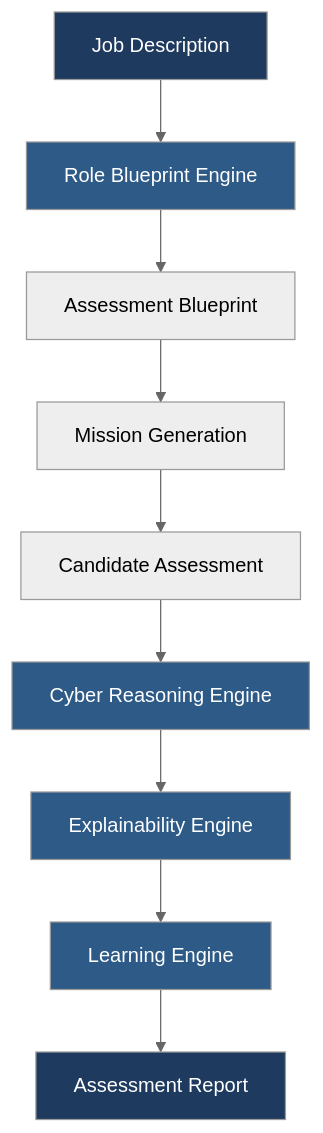
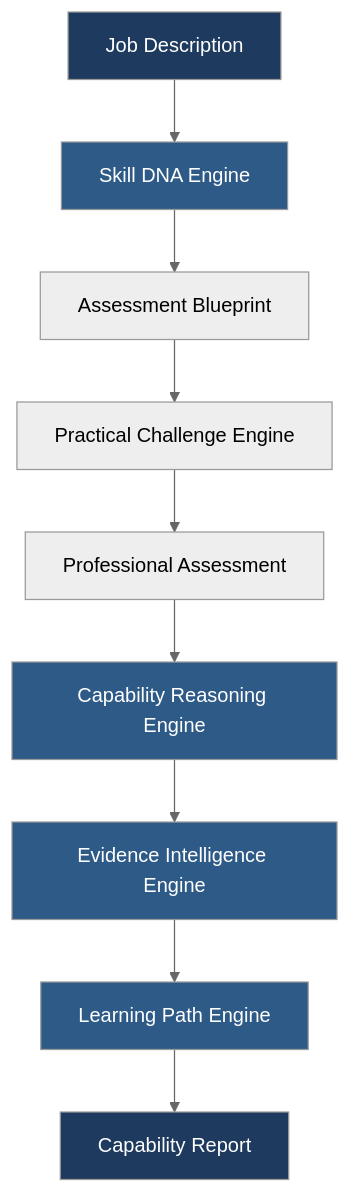
One commit to BL4CK-0PS/AegisIQ changed the first of 13 diagrams in README.md. Above: the diagram before and after it, drawn with Mermaid (neutral theme). The commit also changed other lines of this file and 88 other files, not shown here.

First line of the commit message:
docs: enhance all 40 docs with Mermaid diagrams and Related Documents

````diff
--- a/README.md
+++ b/README.md
@@ -74,18 +76,18 @@
 ```mermaid
 flowchart TD
-    JD["Job Description"] --> RBE["Role Blueprint Engine"]
-    RBE --> AB["Assessment Blueprint"]
-    AB --> MG["Mission Generation"]
-    MG --> CA["Candidate Assessment"]
-    CA --> CRE["Cyber Reasoning Engine"]
-    CRE --> EE["Explainability Engine"]
-    EE --> LE["Learning Engine"]
-    LE --> AR["Assessment Report"]
+    JD["Job Description"] --> SDE["Skill DNA Engine"]
+    SDE --> AB["Assessment Blueprint"]
+    AB --> PCE["Practical Challenge Engine"]
+    PCE --> PA["Professional Assessment"]
+    PA --> CRE["Capability Reasoning Engine"]
+    CRE --> EIE["Evidence Intelligence Engine"]
+    EIE --> LPE["Learning Path Engine"]
+    LPE --> AR["Capability Report"]
 
     style JD fill:#1e3a5f,color:#fff
     style AR fill:#1e3a5f,color:#fff
-    style RBE fill:#2d5a87,color:#fff
+    style SDE fill:#2d5a87,color:#fff
     style CRE fill:#2d5a87,color:#fff
-    style EE fill:#2d5a87,color:#fff
-    style LE fill:#2d5a87,color:#fff
+    style EIE fill:#2d5a87,color:#fff
+    style LPE fill:#2d5a87,color:#fff
 ```
````
